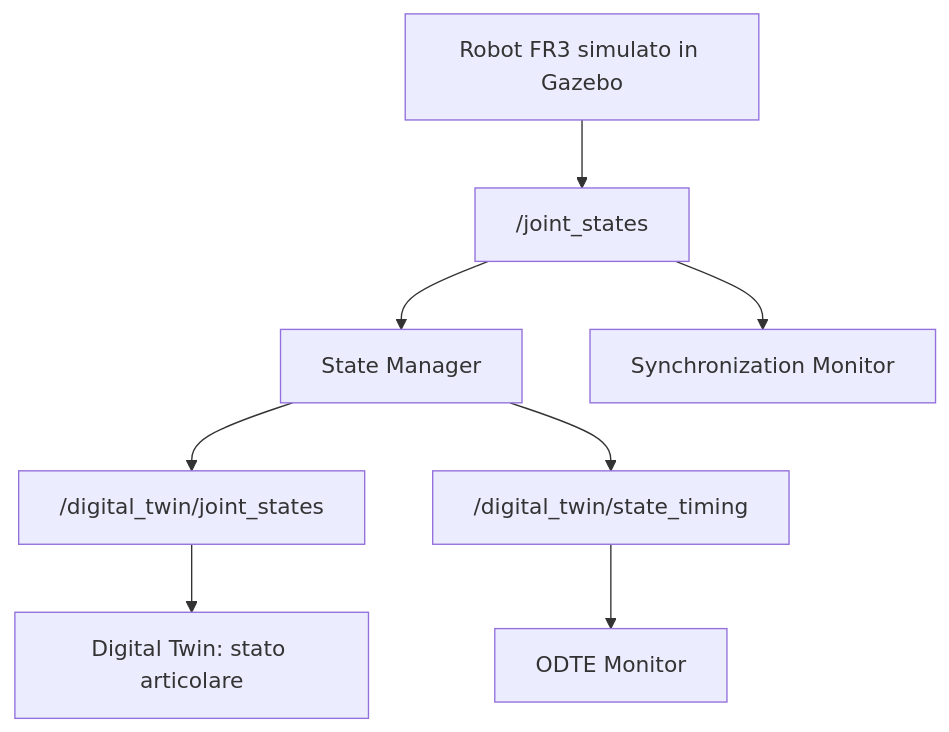
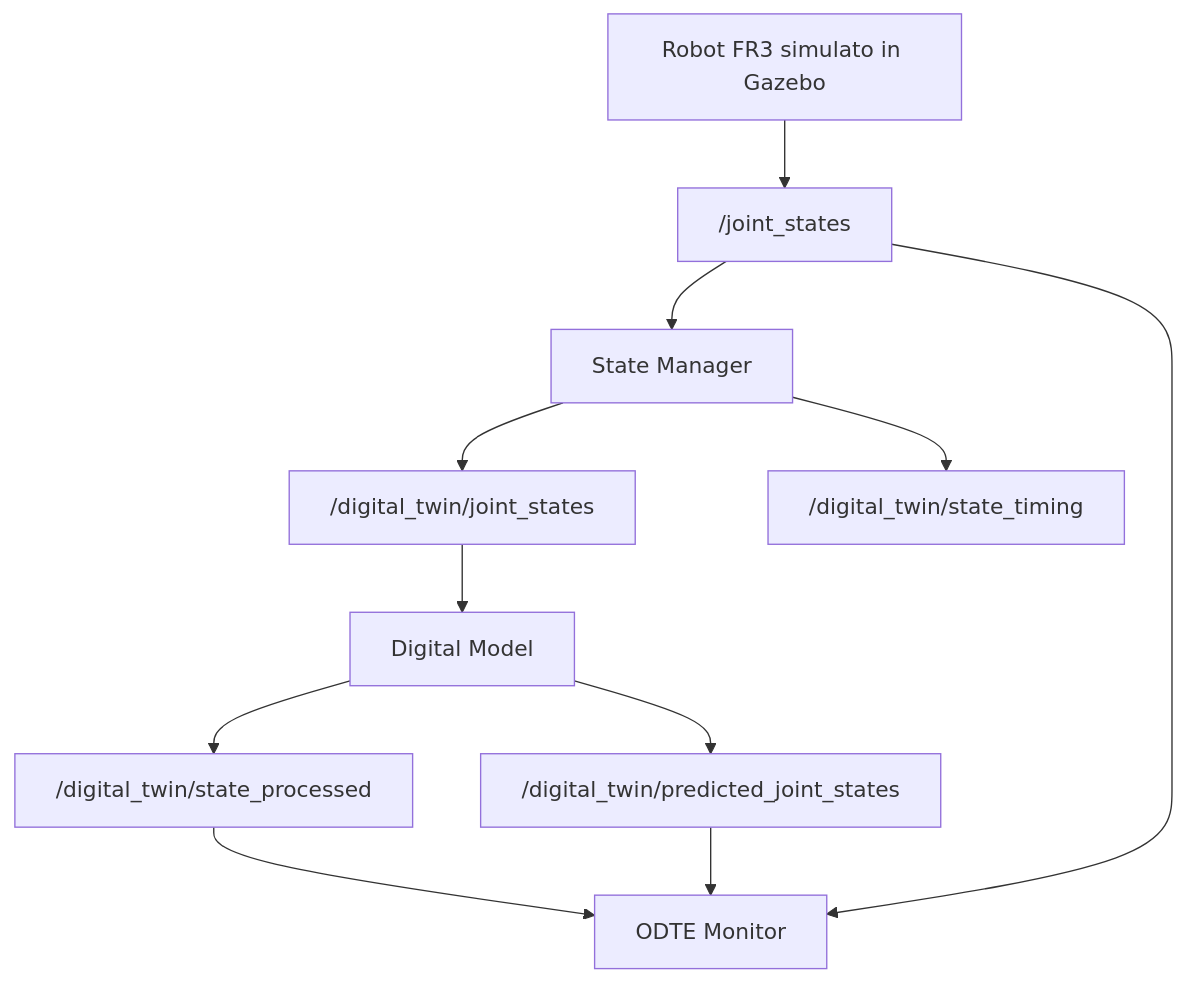
Before and after one commit to chiarabrignani/franka_digital_twin: the first of 4 diagrams in README.md, drawn with Mermaid. The commit also changed other lines of this file and 10 other files, not shown here.

Commit message:
Refactor Digital Twin architecture and monitoring

````diff
--- a/README.md
+++ b/README.md
@@ -353,19 +382,23 @@
 ```mermaid
 flowchart TD
     A["Robot FR3 simulato in Gazebo"]
     B["/joint_states"]
     C["State Manager"]
     D["/digital_twin/joint_states"]
-    E["Digital Twin: stato articolare"]
+    E["Digital Model"]
     F["/digital_twin/state_timing"]
-    G["ODTE Monitor"]
-    H["Synchronization Monitor"]
+    G["/digital_twin/state_processed"]
+    H["/digital_twin/predicted_joint_states"]
+    I["ODTE Monitor"]
 
     A --> B
     B --> C
     C --> D
     C --> F
     D --> E
-    F --> G
-    B --> H
+    E --> G
+    E --> H
+    G --> I
+    B --> I
+    H --> I
 ```
````
